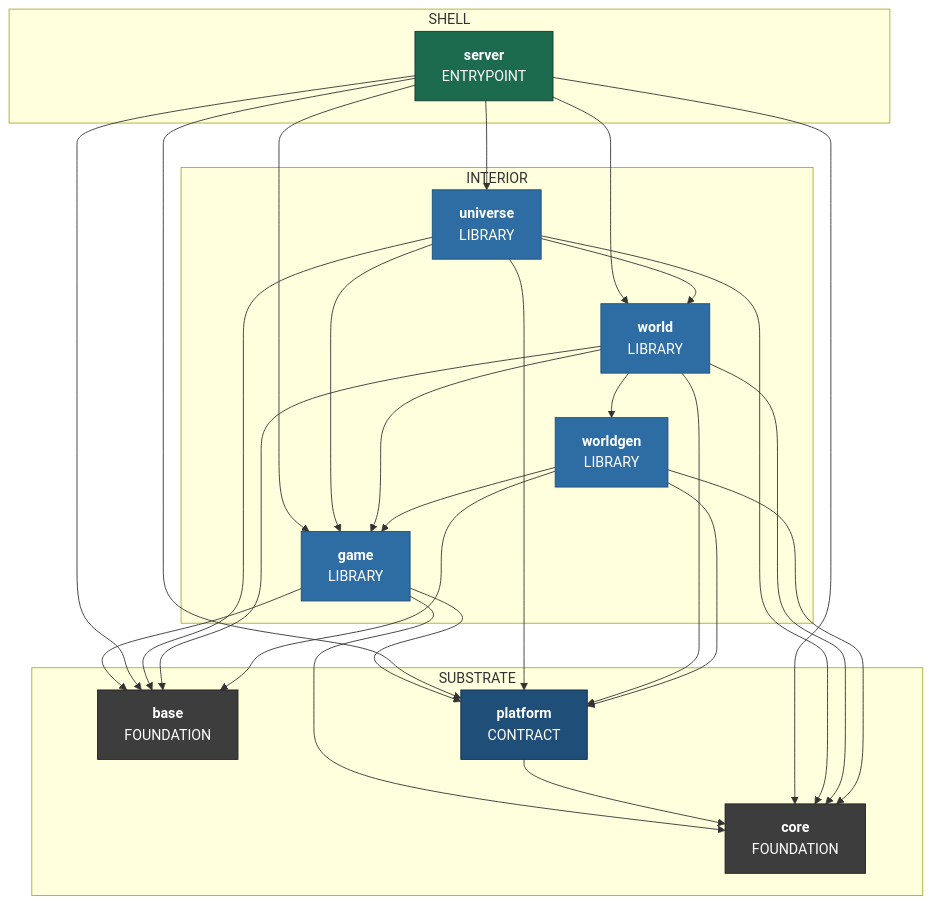
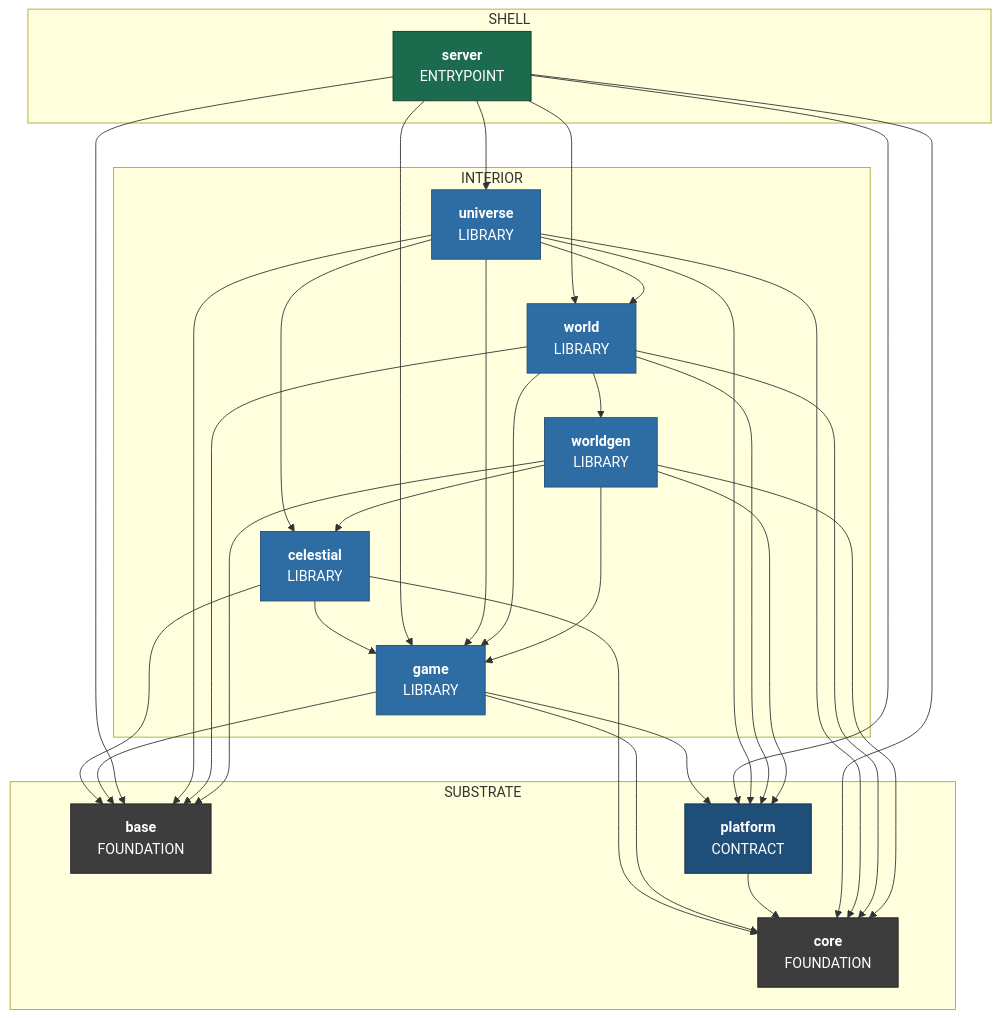
The eighth of 9 diagrams in docs/superpowers/specs/2026-08-01-sovereign-headless-client-design.md (apnex/OpenStarbound), drawn with Mermaid before and after one commit. The commit also changed other lines of this file and 5 other files, not shown here.

````diff
--- a/docs/superpowers/specs/2026-08-01-sovereign-headless-client-design.md
+++ b/docs/superpowers/specs/2026-08-01-sovereign-headless-client-design.md
@@ -1437,51 +1620,57 @@
 ```mermaid
 %% composition: server
 flowchart TD
   subgraph Z_SUBSTRATE ["SUBSTRATE"]
     base["<b>base</b><br/>FOUNDATION"]
     core["<b>core</b><br/>FOUNDATION"]
     platform["<b>platform</b><br/>CONTRACT"]
   end
   subgraph Z_INTERIOR ["INTERIOR"]
+    celestial["<b>celestial</b><br/>LIBRARY"]
     game["<b>game</b><br/>LIBRARY"]
     universe["<b>universe</b><br/>LIBRARY"]
     world["<b>world</b><br/>LIBRARY"]
     worldgen["<b>worldgen</b><br/>LIBRARY"]
   end
   subgraph Z_SHELL ["SHELL"]
     server["<b>server</b><br/>ENTRYPOINT"]
   end
+  celestial --> base
+  celestial --> core
+  celestial --> game
   game --> base
   game --> core
   game --> platform
   platform --> core
   server --> base
   server --> core
   server --> game
   server --> platform
   server --> universe
   server --> world
   universe --> base
+  universe --> celestial
   universe --> core
   universe --> game
   universe --> platform
   universe --> world
   world --> base
   world --> core
   world --> game
   world --> platform
   world --> worldgen
   worldgen --> base
+  worldgen --> celestial
   worldgen --> core
   worldgen --> game
   worldgen --> platform
   classDef kFoundation fill:#3d3d3d,stroke:#1f1f1f,color:#fff
   classDef kContract fill:#1f4e79,stroke:#0f2d46,color:#fff
   classDef kBackend fill:#7a3e9d,stroke:#4d2763,color:#fff
   classDef kLibrary fill:#2e6da4,stroke:#1f4e79,color:#fff
   classDef kEntrypoint fill:#1d6b4f,stroke:#0e3a2a,color:#fff
   class base,core kFoundation
   class platform kContract
-  class game,universe,world,worldgen kLibrary
+  class celestial,game,universe,world,worldgen kLibrary
   class server kEntrypoint
 ```
````
